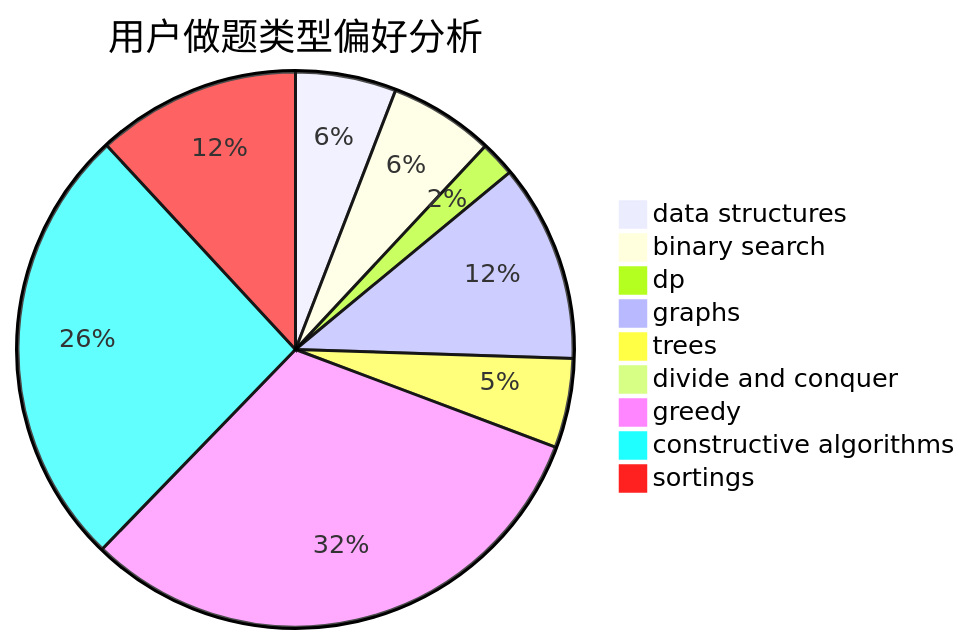
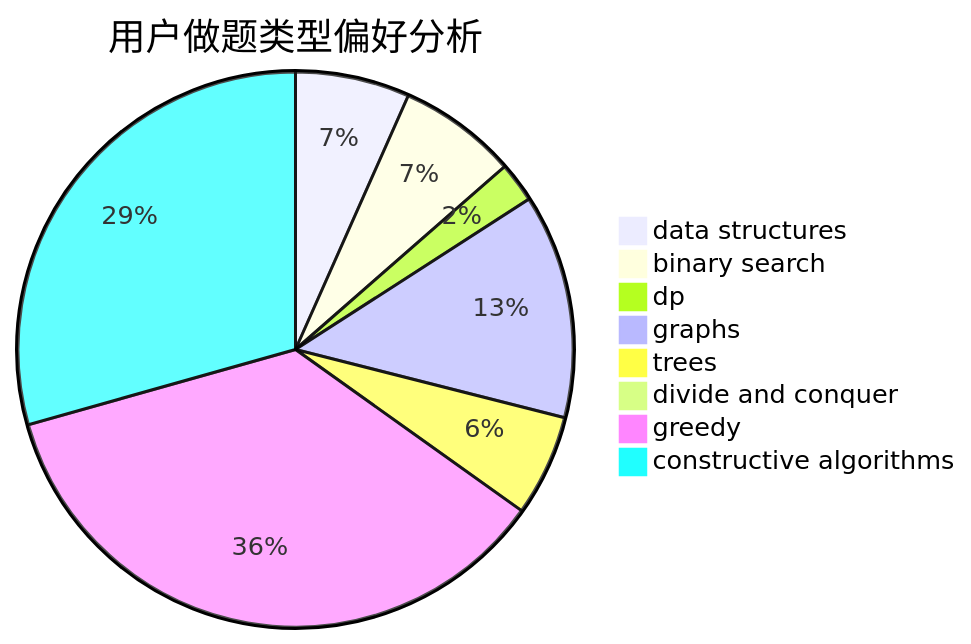
One commit to sherpahu/cfrs.github.io changed the second of 3 diagrams in docs/user/u267.md. Above: the diagram before and after it, drawn with Mermaid. The commit also changed other lines of this file and 2769 other files, not shown here.

````diff
--- a/docs/user/u267.md
+++ b/docs/user/u267.md
@@ -18,12 +18,11 @@
 ```mermaid
 pie title 用户做题类型偏好分析
     "data structures" :  80
     "binary search" :  83
     "dp" :  28
     "graphs" :  157
     "trees" :  71
     "divide and conquer" :  0
     "greedy" :  430
     "constructive algorithms" :  353
-    "sortings" :  162
 ```
````
